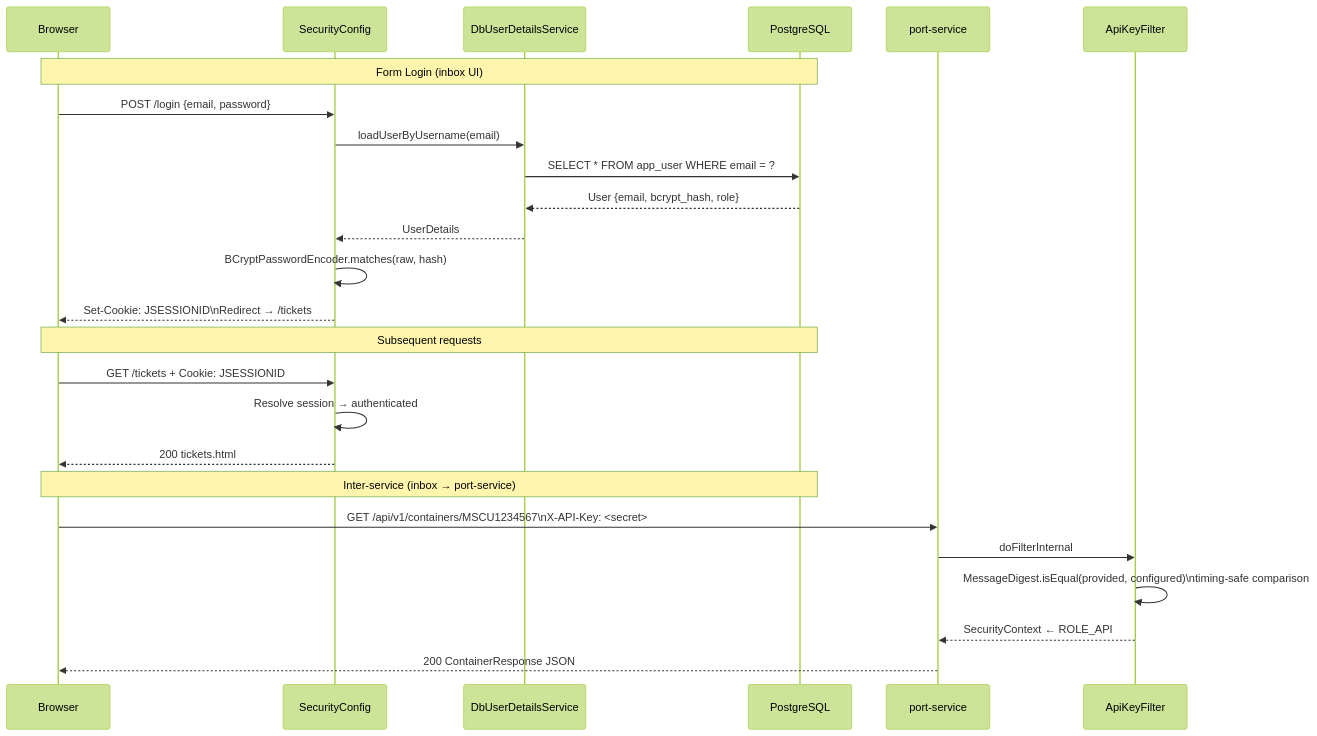
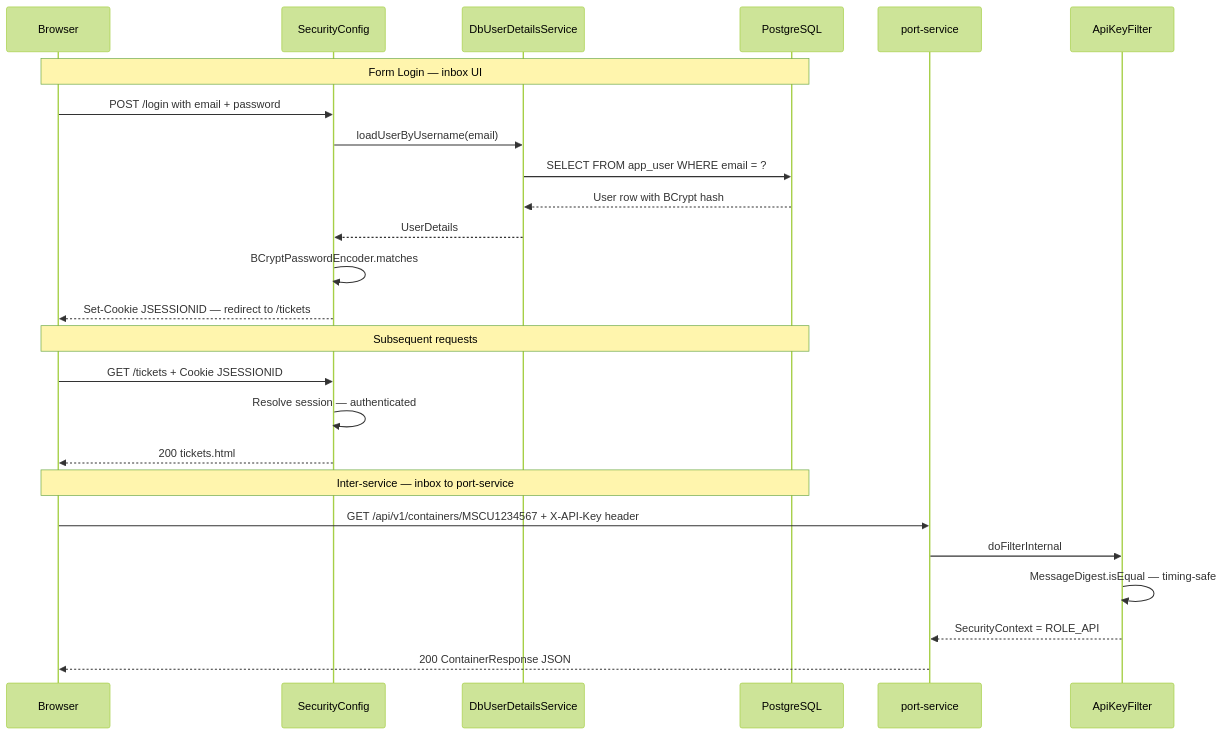
Before and after one commit to olegskel7-wq/smart-freight-inbox: the sixth of 9 diagrams in docs/ARCHITECTURE_DIAGRAMS.md, drawn with Mermaid (forest theme). The commit also changed other lines of this file, not shown here.

First line of the commit message:
fix: fix Mermaid syntax errors in ARCHITECTURE_DIAGRAMS.md

````diff
--- a/docs/ARCHITECTURE_DIAGRAMS.md
+++ b/docs/ARCHITECTURE_DIAGRAMS.md
@@ -285,34 +242,34 @@
 ```mermaid
 sequenceDiagram
     participant B as Browser
     participant SC as SecurityConfig
     participant DU as DbUserDetailsService
     participant DB as PostgreSQL
 
-    Note over B,DB: Form Login (inbox UI)
+    Note over B,DB: Form Login — inbox UI
 
-    B->>SC: POST /login {email, password}
+    B->>SC: POST /login with email + password
     SC->>DU: loadUserByUsername(email)
-    DU->>DB: SELECT * FROM app_user WHERE email = ?
-    DB-->>DU: User {email, bcrypt_hash, role}
+    DU->>DB: SELECT FROM app_user WHERE email = ?
+    DB-->>DU: User row with BCrypt hash
     DU-->>SC: UserDetails
-    SC->>SC: BCryptPasswordEncoder.matches(raw, hash)
-    SC-->>B: Set-Cookie: JSESSIONID\nRedirect → /tickets
+    SC->>SC: BCryptPasswordEncoder.matches
+    SC-->>B: Set-Cookie JSESSIONID — redirect to /tickets
 
     Note over B,DB: Subsequent requests
 
-    B->>SC: GET /tickets + Cookie: JSESSIONID
-    SC->>SC: Resolve session → authenticated
+    B->>SC: GET /tickets + Cookie JSESSIONID
+    SC->>SC: Resolve session — authenticated
     SC-->>B: 200 tickets.html
 
-    Note over B,DB: Inter-service (inbox → port-service)
+    Note over B,DB: Inter-service — inbox to port-service
 
     participant PS as port-service
     participant AKF as ApiKeyFilter
 
-    B->>PS: GET /api/v1/containers/MSCU1234567\nX-API-Key: <secret>
+    B->>PS: GET /api/v1/containers/MSCU1234567 + X-API-Key header
     PS->>AKF: doFilterInternal
-    AKF->>AKF: MessageDigest.isEqual(provided, configured)\ntiming-safe comparison
-    AKF-->>PS: SecurityContext ← ROLE_API
+    AKF->>AKF: MessageDigest.isEqual — timing-safe
+    AKF-->>PS: SecurityContext = ROLE_API
     PS-->>B: 200 ContainerResponse JSON
 ```
````
